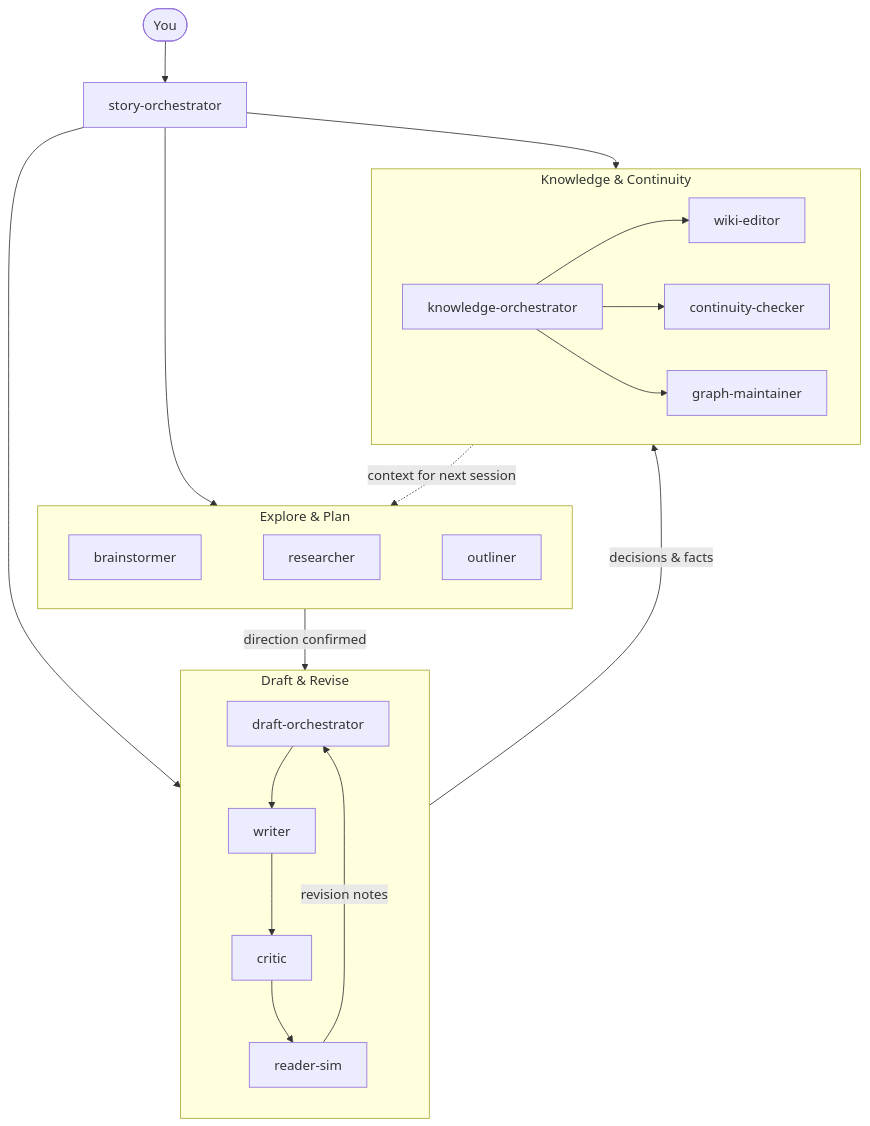
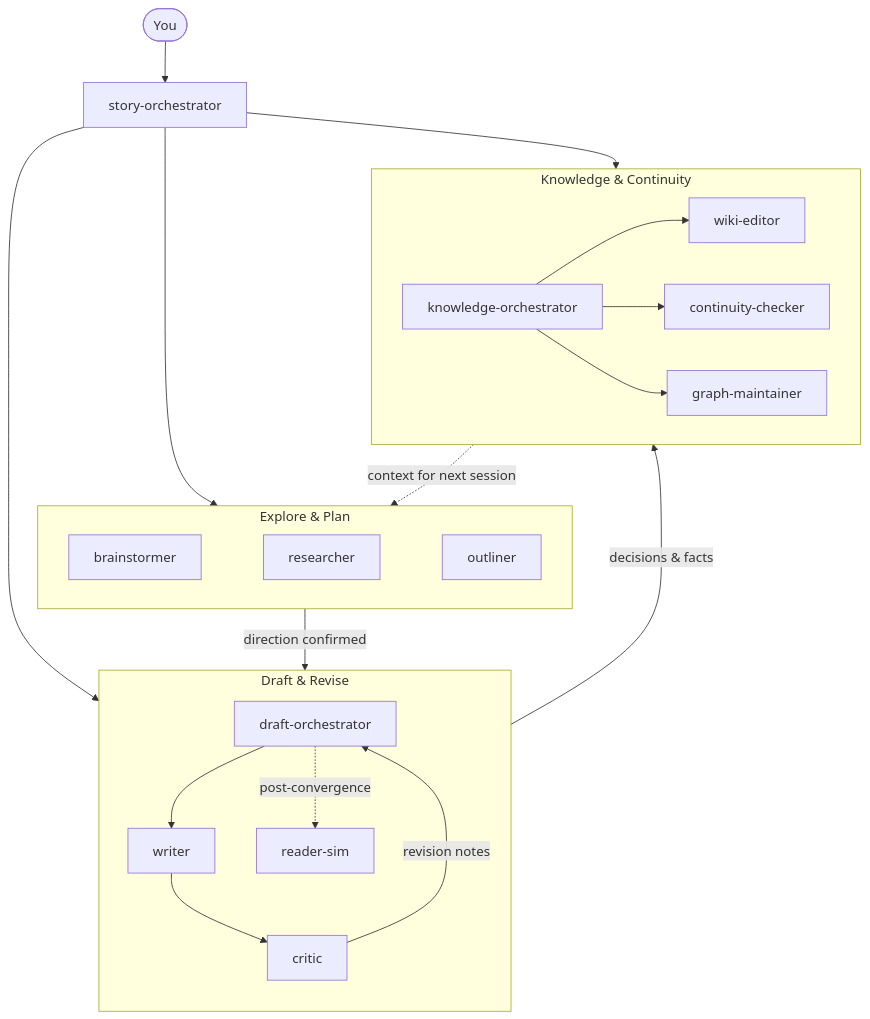
Before and after one commit to haowjy/creative-writing-skills: the first of 3 diagrams in README.md, drawn with Mermaid. The commit also changed other lines of this file and 9 other files, not shown here.

````diff
--- a/README.md
+++ b/README.md
@@ -30,35 +30,35 @@
 ```mermaid
 flowchart TB
     You([You]) --> SO[story-orchestrator]
 
     SO --> Explore
     SO --> Write
     SO --> Maintain
 
     subgraph Explore ["Explore & Plan"]
         direction LR
         B[brainstormer] ~~~ R[researcher]
         R ~~~ O[outliner]
     end
 
     subgraph Write ["Draft & Revise"]
         direction TB
         DO[draft-orchestrator]
         DO --> W[writer]
         W --> C[critic]
-        C --> RS[reader-sim]
-        RS -->|revision notes| DO
+        C -->|revision notes| DO
+        DO -.->|post-convergence| RS[reader-sim]
     end
 
     subgraph Maintain ["Knowledge & Continuity"]
         direction LR
         KO[knowledge-orchestrator]
         KO --> WE[wiki-editor]
         KO --> CC[continuity-checker]
         KO --> GM[graph-maintainer]
     end
 
     Write -->|decisions & facts| Maintain
     Explore -->|direction confirmed| Write
     Maintain -.->|context for next session| Explore
 ```
````
